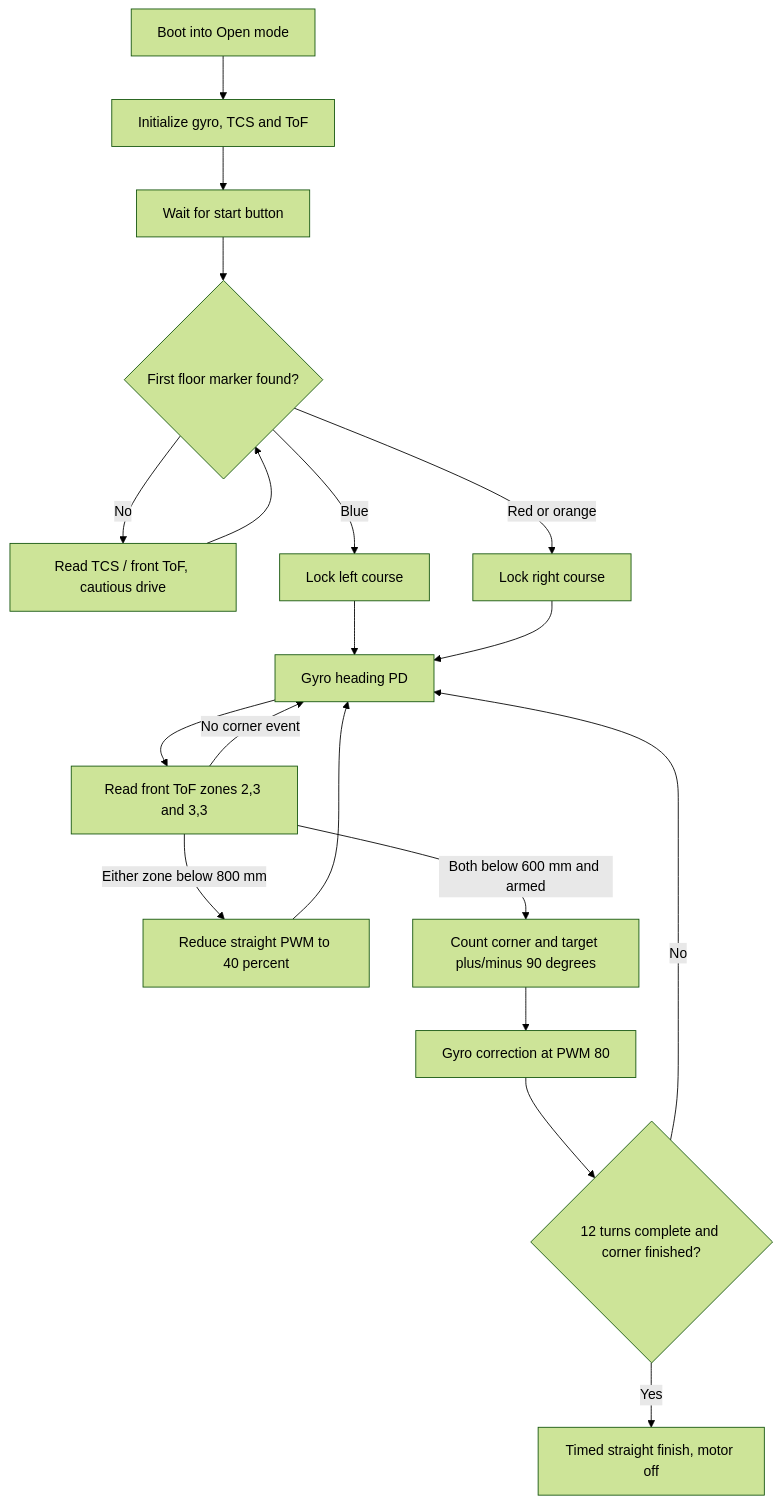
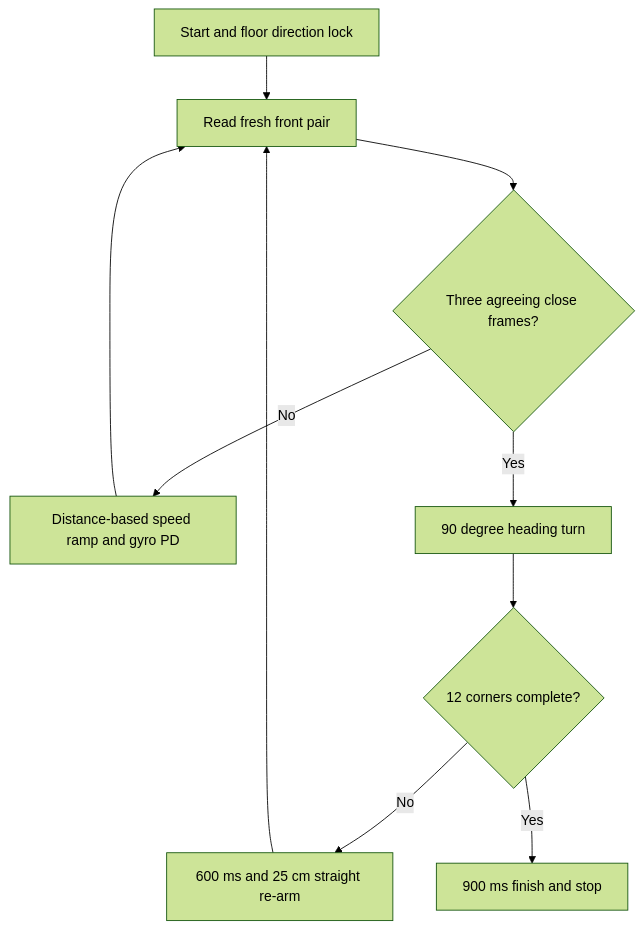
One commit to andreipopescufilimon/WRO2026_Future_Engineers changed the third of 4 diagrams in docs/04-software.md. Above: the diagram before and after it, drawn with Mermaid (forest theme). The commit also changed other lines of this file and 1 other file, not shown here.

````diff
--- a/docs/04-software.md
+++ b/docs/04-software.md
@@ -493,21 +412,12 @@
 ```mermaid
 flowchart TD
-    START[Boot into Open mode] --> CAL[Initialize gyro, TCS and ToF]
-    CAL --> WAIT[Wait for start button]
-    WAIT --> DIR{First floor marker found?}
-    DIR -->|No| SAMPLE[Read TCS / front ToF, cautious drive]
-    SAMPLE --> DIR
-    DIR -->|Blue| LEFT[Lock left course]
-    DIR -->|Red or orange| RIGHT[Lock right course]
-    LEFT --> GO[Gyro heading PD]
-    RIGHT --> GO
-    GO --> FRONT[Read front ToF zones 2,3 and 3,3]
-    FRONT -->|Either zone below 800 mm| SLOW[Reduce straight PWM to 40 percent]
-    FRONT -->|Both below 600 mm and armed| TURN[Count corner and target plus/minus 90 degrees]
-    FRONT -->|No corner event| GO
-    SLOW --> GO
-    TURN --> AIM[Gyro correction at PWM 80]
-    AIM --> COUNT{12 turns complete and corner finished?}
-    COUNT -->|No| GO
-    COUNT -->|Yes| FINISH[Timed straight finish, motor off]
+ A[Start and floor direction lock] --> B[Read fresh front pair]
+ B --> C{Three agreeing close frames?}
+ C -->|No| D[Distance-based speed ramp and gyro PD]
+ D --> B
+ C -->|Yes| E[90 degree heading turn]
+ E --> F{12 corners complete?}
+ F -->|No| G[600 ms and 25 cm straight re-arm]
+ G --> B
+ F -->|Yes| H[900 ms finish and stop]
 ```
````
